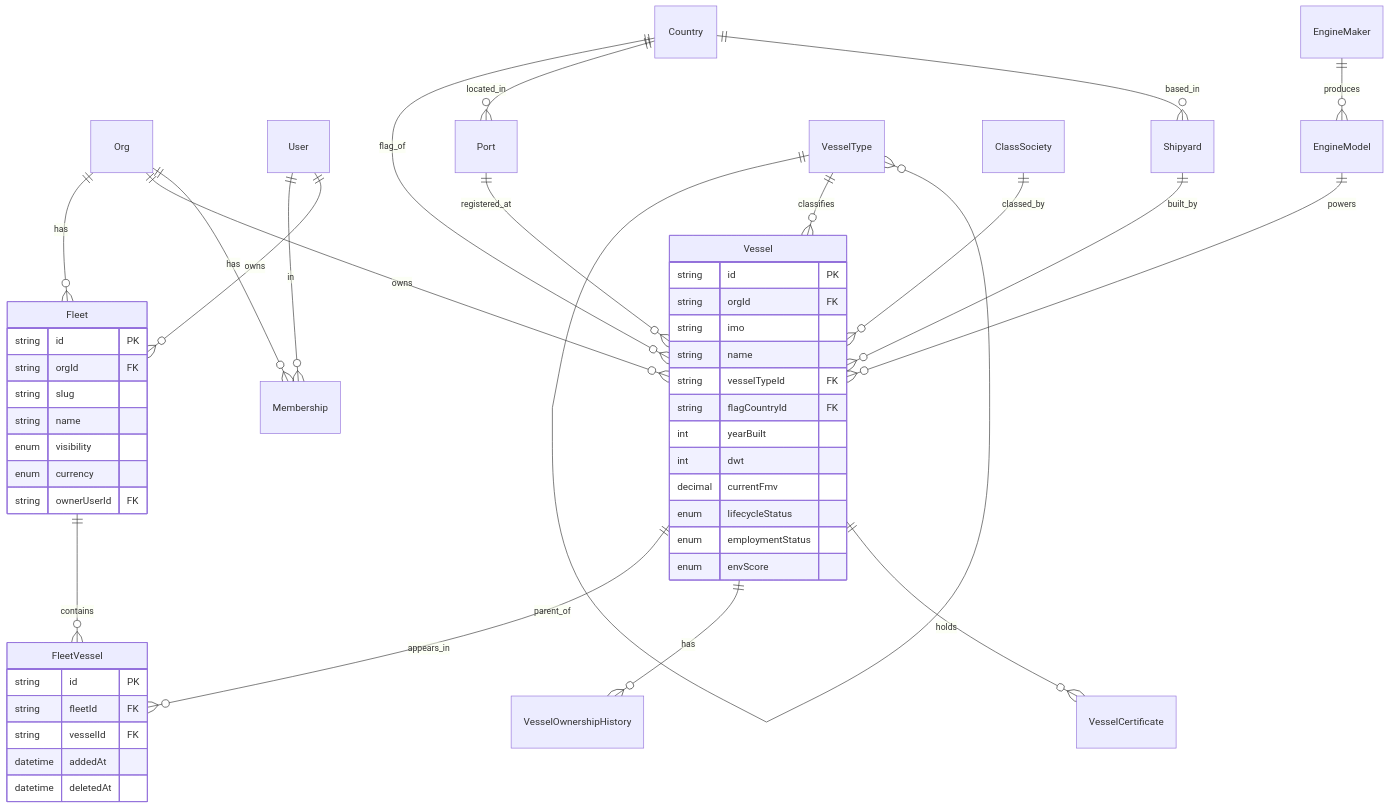
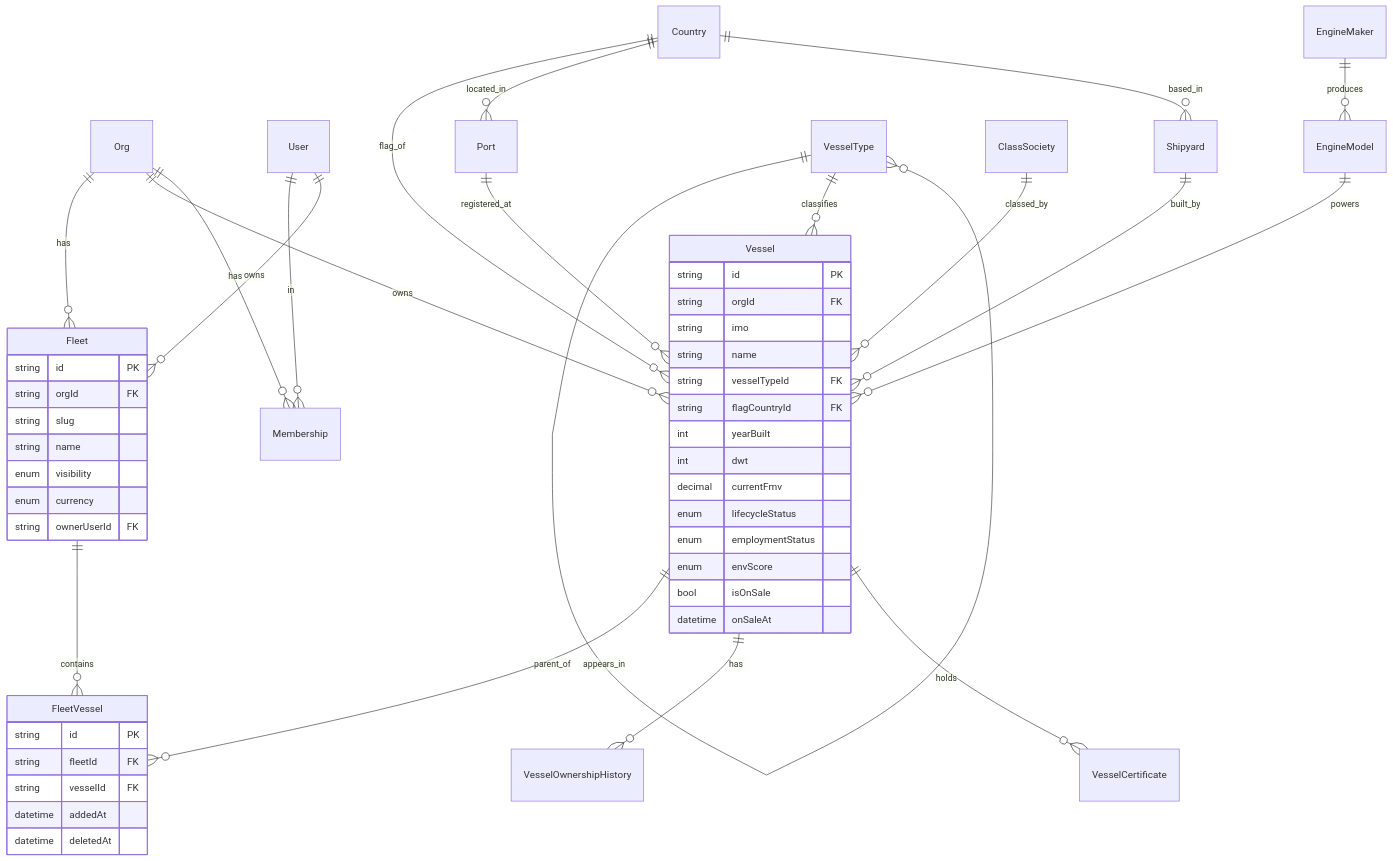
Before and after one commit to oceanistech/so-snp: the diagram in docs/architecture/database.md, drawn with Mermaid. The commit also changed other lines of this file and 7 other files, not shown here.

Commit message:
OT-175 - Add fleets, vessels, reference data schema and seed

````diff
--- a/docs/architecture/database.md
+++ b/docs/architecture/database.md
@@ -71,58 +71,60 @@
 ```mermaid
 erDiagram
     Org ||--o{ Fleet : has
     Org ||--o{ Vessel : owns
     Org ||--o{ Membership : has
     User ||--o{ Membership : in
 
     Fleet ||--o{ FleetVessel : contains
     Vessel ||--o{ FleetVessel : appears_in
     Vessel ||--o{ VesselOwnershipHistory : has
     Vessel ||--o{ VesselCertificate : holds
 
     Country ||--o{ Vessel : flag_of
     Country ||--o{ Port : located_in
     Country ||--o{ Shipyard : based_in
     Port ||--o{ Vessel : registered_at
     VesselType ||--o{ VesselType : parent_of
     VesselType ||--o{ Vessel : classifies
     Shipyard ||--o{ Vessel : built_by
     ClassSociety ||--o{ Vessel : classed_by
     EngineMaker ||--o{ EngineModel : produces
     EngineModel ||--o{ Vessel : powers
 
     User ||--o{ Fleet : owns
 
     Vessel {
         string id PK
         string orgId FK
         string imo
         string name
         string vesselTypeId FK
         string flagCountryId FK
         int yearBuilt
         int dwt
         decimal currentFmv
         enum lifecycleStatus
         enum employmentStatus
         enum envScore
+        bool isOnSale
+        datetime onSaleAt
     }
 
     Fleet {
         string id PK
         string orgId FK
         string slug
         string name
         enum visibility
         enum currency
         string ownerUserId FK
     }
 
     FleetVessel {
         string id PK
         string fleetId FK
         string vesselId FK
         datetime addedAt
         datetime deletedAt
     }
 ```
````
